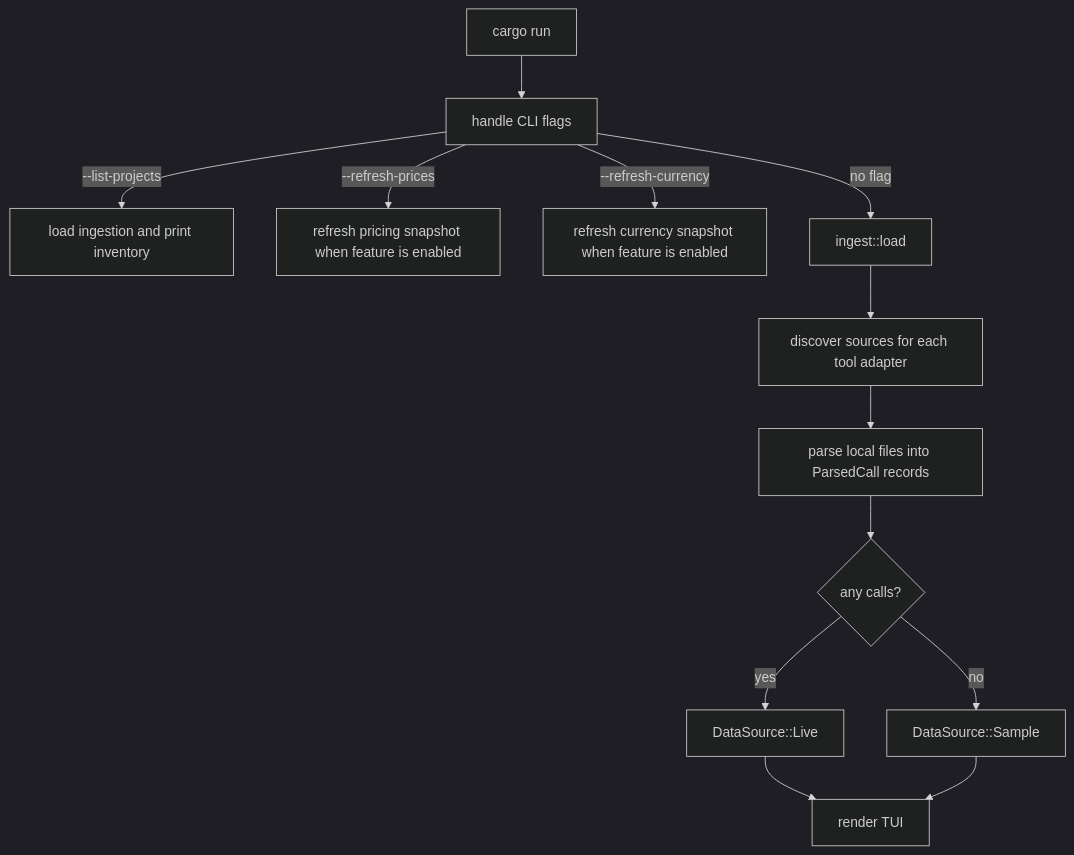
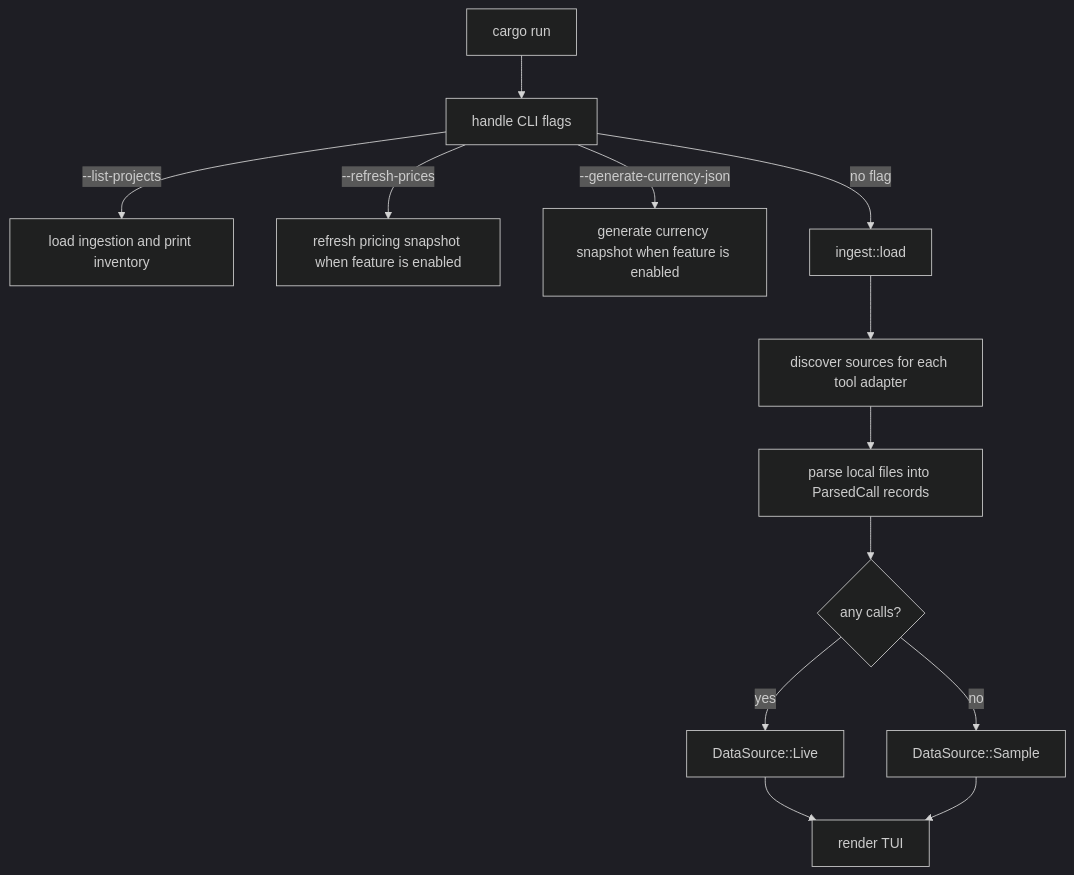
Before and after one commit to russmckendrick/tokenuse: the first of 3 diagrams in docs/architecture.md, drawn with Mermaid (dark theme). The commit also changed other lines of this file and 5 other files, not shown here.

First line of the commit message:
✨ feat(currency): rename the refresh command to generate JSON

````diff
--- a/docs/architecture.md
+++ b/docs/architecture.md
@@ -7,15 +7,15 @@
 ```mermaid
 flowchart TD
     A[cargo run] --> B[handle CLI flags]
     B -->|--list-projects| C[load ingestion and print inventory]
     B -->|--refresh-prices| D[refresh pricing snapshot when feature is enabled]
-    B -->|--refresh-currency| L[refresh currency snapshot when feature is enabled]
+    B -->|--generate-currency-json| L[generate currency snapshot when feature is enabled]
     B -->|no flag| E[ingest::load]
     E --> F[discover sources for each tool adapter]
     F --> G[parse local files into ParsedCall records]
     G --> H{any calls?}
     H -->|yes| I[DataSource::Live]
     H -->|no| J[DataSource::Sample]
     I --> K[render TUI]
     J --> K
 ```
````
